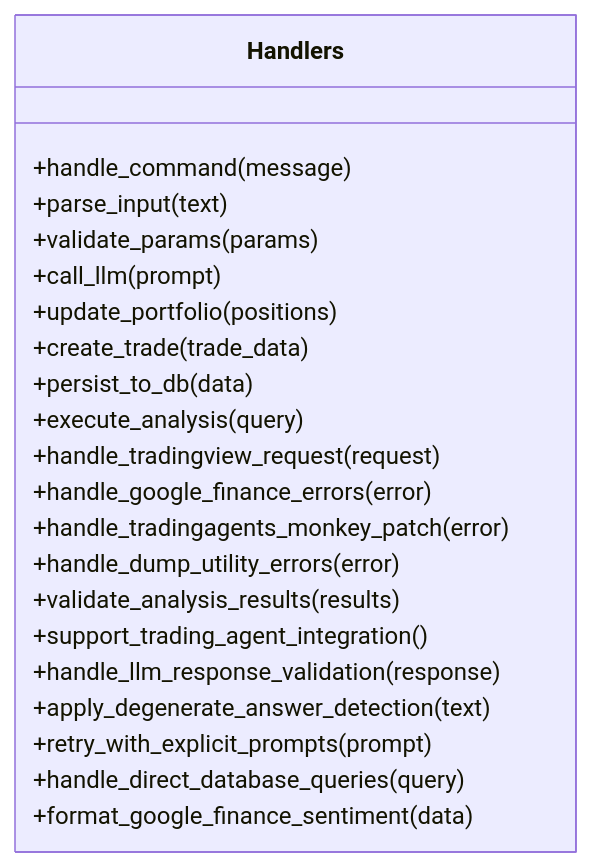
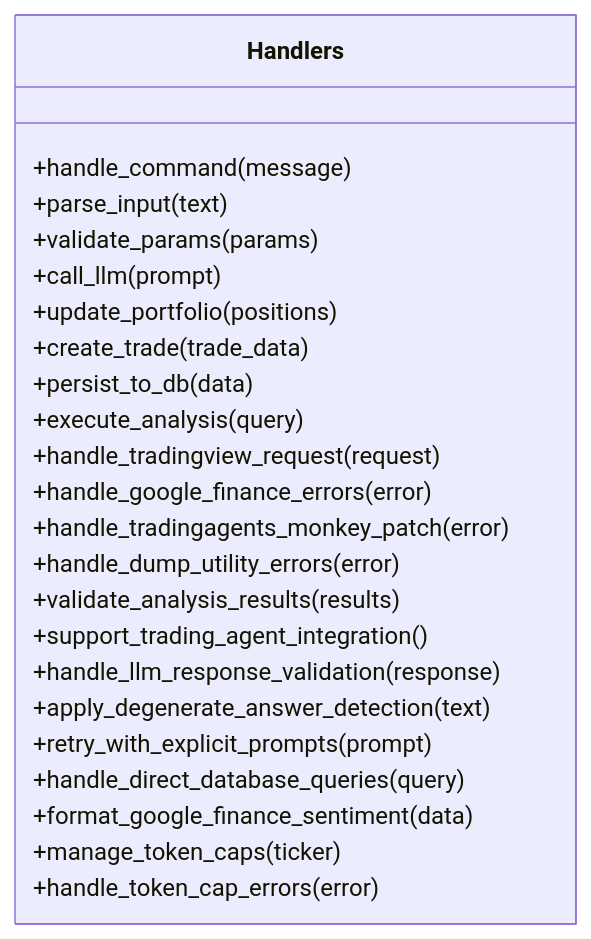
Before and after one commit to ZengSeng/telegram-bot: the fourth of 13 diagrams in .qoder/repowiki/en/content/Core Components/Analysis Framework.md, drawn with Mermaid. The commit also changed other lines of this file and 8 other files, not shown here.

````diff
--- a/.qoder/repowiki/en/content/Core Components/Analysis Framework.md
+++ b/.qoder/repowiki/en/content/Core Components/Analysis Framework.md
@@ -296,24 +313,26 @@
 ```mermaid
 classDiagram
 class Handlers {
 +handle_command(message)
 +parse_input(text)
 +validate_params(params)
 +call_llm(prompt)
 +update_portfolio(positions)
 +create_trade(trade_data)
 +persist_to_db(data)
 +execute_analysis(query)
 +handle_tradingview_request(request)
 +handle_google_finance_errors(error)
 +handle_tradingagents_monkey_patch(error)
 +handle_dump_utility_errors(error)
 +validate_analysis_results(results)
 +support_trading_agent_integration()
 +handle_llm_response_validation(response)
 +apply_degenerate_answer_detection(text)
 +retry_with_explicit_prompts(prompt)
 +handle_direct_database_queries(query)
 +format_google_finance_sentiment(data)
++manage_token_caps(ticker)
++handle_token_cap_errors(error)
 }
 ```
````
